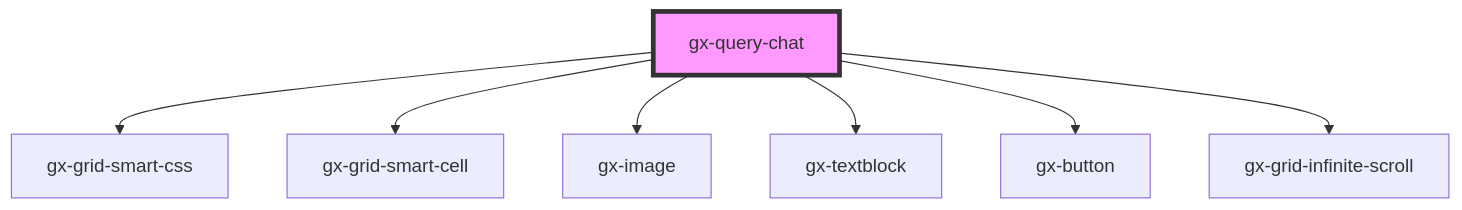
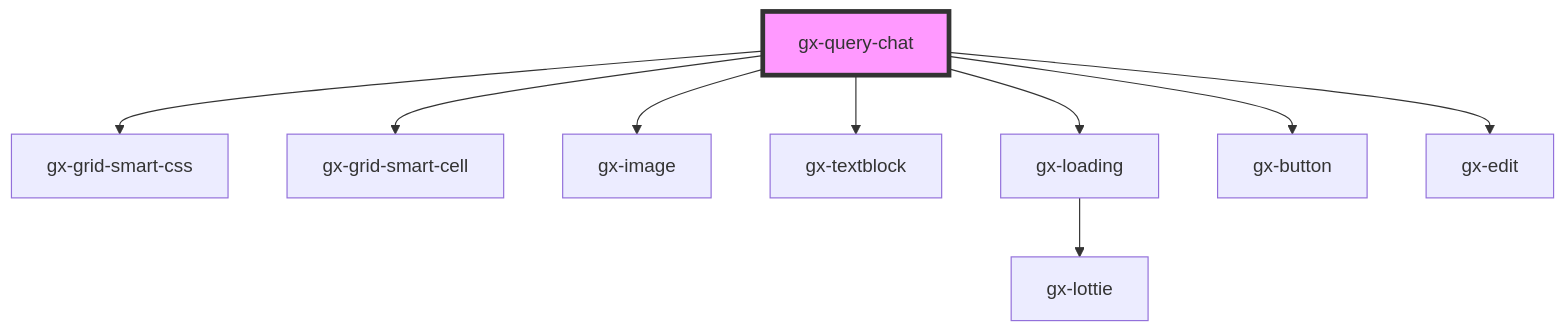
Before and after one commit to genexuslabs/reporting-controls-library: the diagram in src/components/gx-query/query-chat/readme.md, drawn with Mermaid. The commit also changed other lines of this file and 63 other files, not shown here.

````diff
--- a/src/components/gx-query/query-chat/readme.md
+++ b/src/components/gx-query/query-chat/readme.md
@@ -27,10 +53,12 @@
 ```mermaid
 graph TD;
   gx-query-chat --> gx-grid-smart-css
   gx-query-chat --> gx-grid-smart-cell
   gx-query-chat --> gx-image
   gx-query-chat --> gx-textblock
+  gx-query-chat --> gx-loading
   gx-query-chat --> gx-button
-  gx-query-chat --> gx-grid-infinite-scroll
+  gx-query-chat --> gx-edit
+  gx-loading --> gx-lottie
   style gx-query-chat fill:#f9f,stroke:#333,stroke-width:4px
 ```
````
